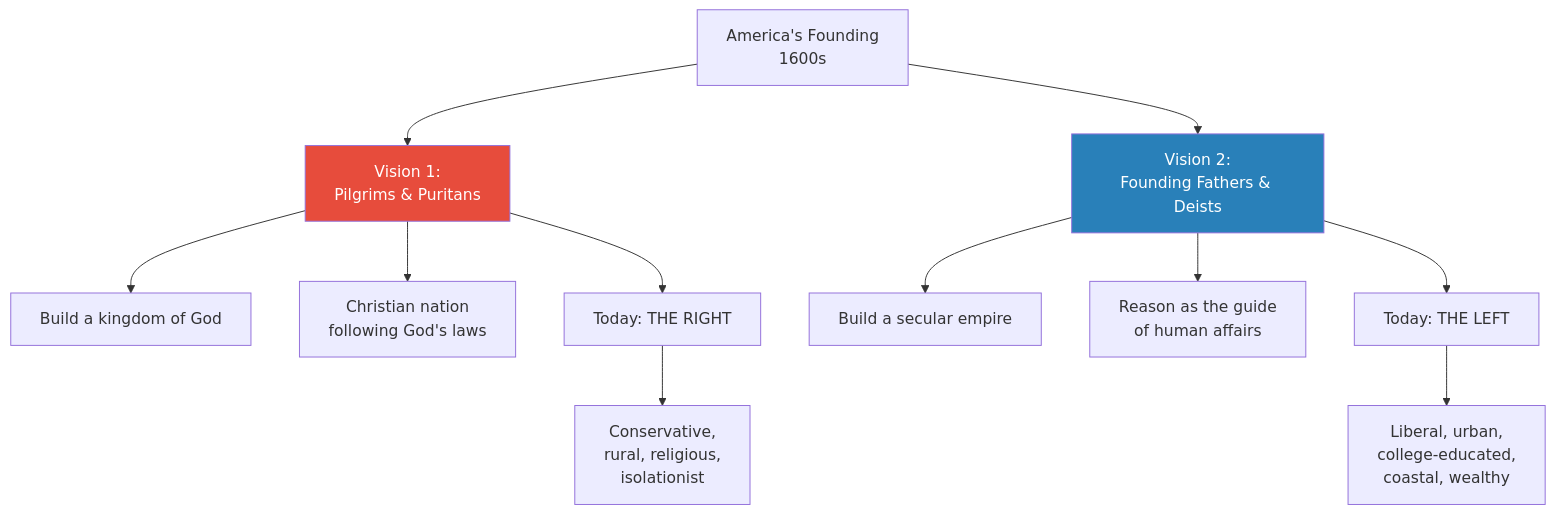
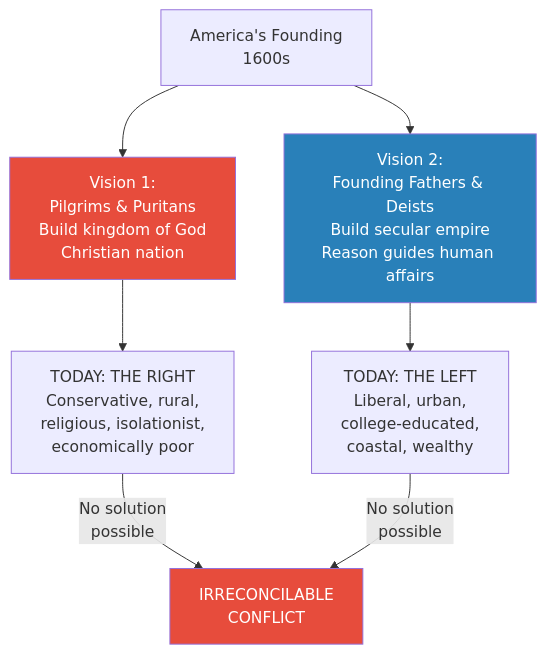
Before and after one commit to alius33/reader: the fourth of 9 diagrams in summaries/Lectures/Geo-Strategy/11 - The Second American Civil War.md, drawn with Mermaid. The commit also changed other lines of this file and 26 other files, not shown here.

````diff
--- a/summaries/Lectures/Geo-Strategy/11 - The Second American Civil War.md
+++ b/summaries/Lectures/Geo-Strategy/11 - The Second American Civil War.md
@@ -216,16 +212,13 @@
 ```mermaid
 flowchart TB
     F["America's Founding<br/>1600s"]
-    F --> V1["Vision 1:<br/>Pilgrims & Puritans"]
-    F --> V2["Vision 2:<br/>Founding Fathers & Deists"]
-    V1 --> C1["Build a kingdom of God"]
-    V1 --> C2["Christian nation<br/>following God's laws"]
-    V1 --> C3["Today: THE RIGHT"]
-    V2 --> D1["Build a secular empire"]
-    V2 --> D2["Reason as the guide<br/>of human affairs"]
-    V2 --> D3["Today: THE LEFT"]
-    C3 --> R["Conservative,<br/>rural, religious,<br/>isolationist"]
-    D3 --> L["Liberal, urban,<br/>college-educated,<br/>coastal, wealthy"]
+    F --> V1["Vision 1:<br/>Pilgrims & Puritans<br/>Build kingdom of God<br/>Christian nation"]
+    F --> V2["Vision 2:<br/>Founding Fathers & Deists<br/>Build secular empire<br/>Reason guides human affairs"]
+    V1 --> R["TODAY: THE RIGHT<br/>Conservative, rural,<br/>religious, isolationist,<br/>economically poor"]
+    V2 --> L["TODAY: THE LEFT<br/>Liberal, urban,<br/>college-educated,<br/>coastal, wealthy"]
+    R --> |"No solution<br/>possible"| CLASH["IRRECONCILABLE<br/>CONFLICT"]
+    L --> |"No solution<br/>possible"| CLASH
     style V1 fill:#e74c3c,color:#fff
     style V2 fill:#2980b9,color:#fff
+    style CLASH fill:#e74c3c,color:#fff
 ```
````
